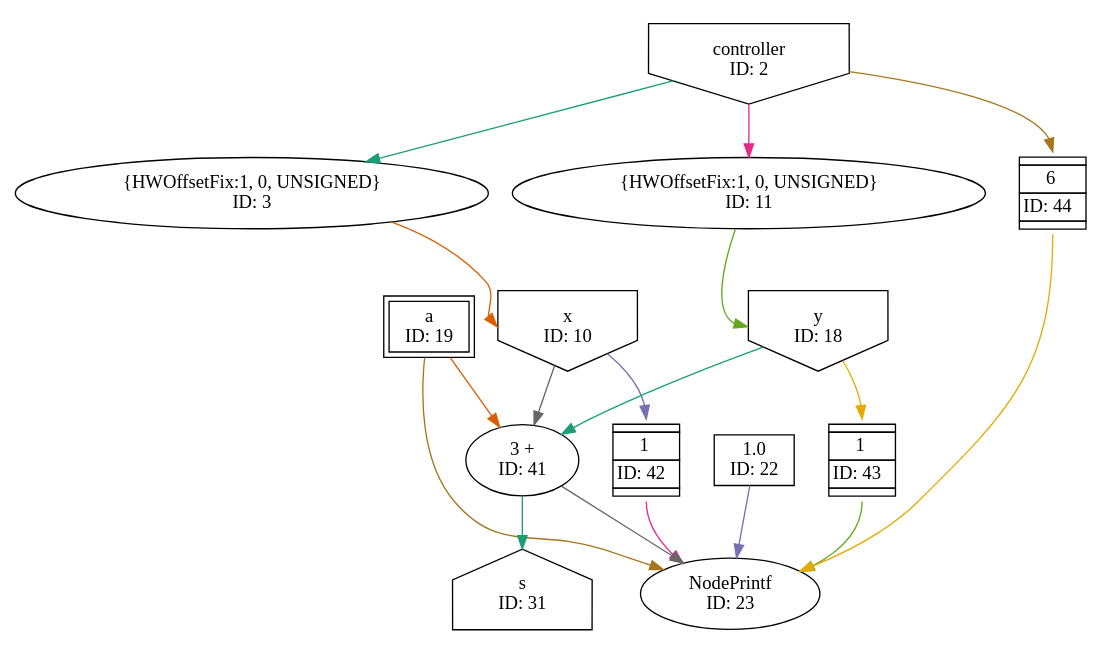
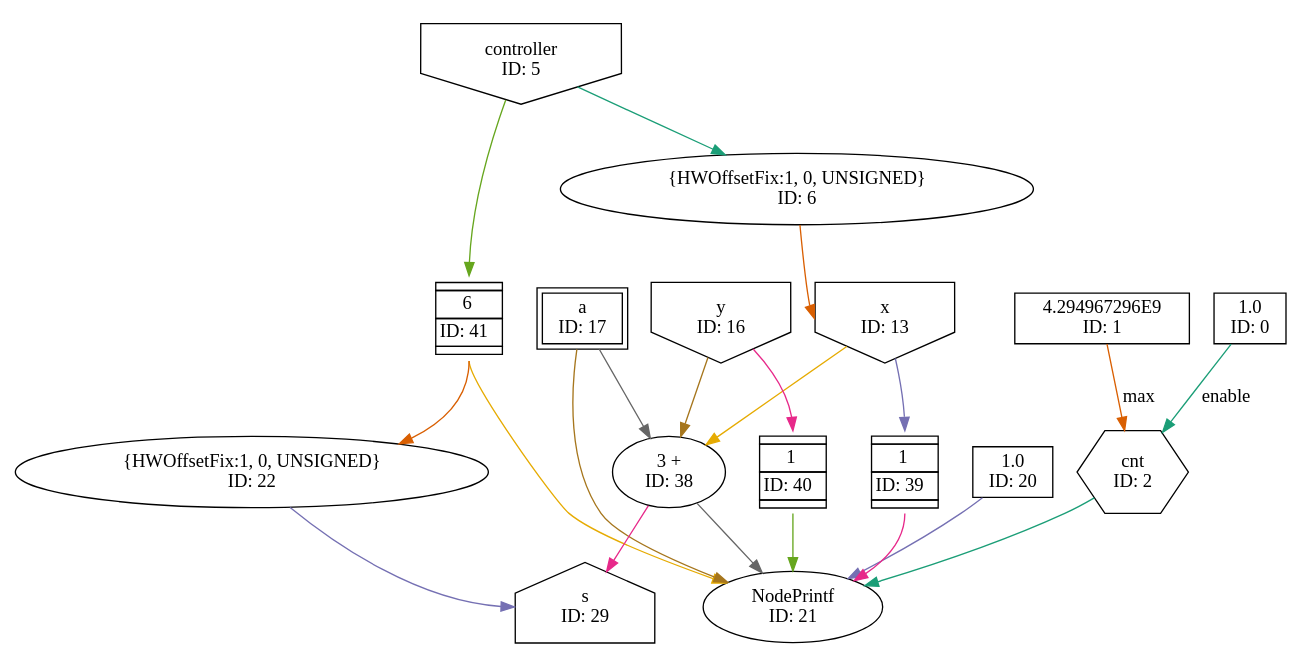
The diagram in RTMQueue/RunRules/Simulation/maxfiles/Queue_VECTIS_DFE_SIM/scratch/QueueKernel_tapnfold_2.dot (3nric000/MaxelerRTM), drawn with Graphviz before and after one commit. The commit also changed 70 other files, not shown here.

```diff
--- a/RTMQueue/RunRules/Simulation/maxfiles/Queue_VECTIS_DFE_SIM/scratch/QueueKernel_tapnfold_2.dot
+++ b/RTMQueue/RunRules/Simulation/maxfiles/Queue_VECTIS_DFE_SIM/scratch/QueueKernel_tapnfold_2.dot
@@ -1,32 +1,38 @@
 digraph QueueKernel_tapnfold_2{
-	NodeConstantRawBits22 [shape=box, label="1.0\nID: 22"];
-	NodeInput2 [shape=invhouse, label="controller\nID: 2"];
-	NodeCast3 [label="{HWOffsetFix:1, 0, UNSIGNED}\nID: 3"];
-	NodeInput10 [shape=invhouse, label="x\nID: 10"];
-	NodeFIFO42 [shape=plaintext, label=<<TABLE BORDER="0" CELLSPACING="0" CELLBORDER="1"> <TR><TD></TD></TR><TR><TD>1</TD></TR><TR><TD>ID: 42</TD></TR> <TR><TD></TD></TR> </TABLE>>];
-	NodeCast11 [label="{HWOffsetFix:1, 0, UNSIGNED}\nID: 11"];
-	NodeInput18 [shape=invhouse, label="y\nID: 18"];
-	NodeFIFO43 [shape=plaintext, label=<<TABLE BORDER="0" CELLSPACING="0" CELLBORDER="1"> <TR><TD></TD></TR><TR><TD>1</TD></TR><TR><TD>ID: 43</TD></TR> <TR><TD></TD></TR> </TABLE>>];
-	NodeFIFO44 [shape=plaintext, label=<<TABLE BORDER="0" CELLSPACING="0" CELLBORDER="1"> <TR><TD></TD></TR><TR><TD>6</TD></TR><TR><TD>ID: 44</TD></TR> <TR><TD></TD></TR> </TABLE>>];
-	NodeInputMappedReg19 [shape=box, peripheries=2, label="a\nID: 19"];
-	NodeTriAdd41 [label="3 +\nID: 41"];
-	NodePrintf23 [label="NodePrintf\nID: 23"];
-	NodeOutput31 [shape=house, label="s\nID: 31"];
-	NodeInput2 -> NodeCast3[color="/dark28/1" photon_data="EDGE,SrcNode:2,SrcNodePort:data"];
-	NodeCast3 -> NodeInput10[headport="w" color="/dark28/2" ];
-	NodeInput10 -> NodeFIFO42[headport="n" color="/dark28/3" photon_data="EDGE,SrcNode:10,SrcNodePort:data"];
-	NodeInput2 -> NodeCast11[color="/dark28/4" photon_data="EDGE,SrcNode:2,SrcNodePort:data"];
-	NodeCast11 -> NodeInput18[headport="w" color="/dark28/5" ];
-	NodeInput18 -> NodeFIFO43[headport="n" color="/dark28/6" photon_data="EDGE,SrcNode:18,SrcNodePort:data"];
-	NodeInput2 -> NodeFIFO44[headport="n" color="/dark28/7" photon_data="EDGE,SrcNode:2,SrcNodePort:data"];
-	NodeInput10 -> NodeTriAdd41[color="/dark28/8" photon_data="EDGE,SrcNode:10,SrcNodePort:data"];
-	NodeInput18 -> NodeTriAdd41[color="/dark28/1" photon_data="EDGE,SrcNode:18,SrcNodePort:data"];
-	NodeInputMappedReg19 -> NodeTriAdd41[color="/dark28/2" photon_data="EDGE,SrcNode:19,SrcNodePort:a"];
-	NodeConstantRawBits22 -> NodePrintf23[color="/dark28/3" photon_data="EDGE,SrcNode:22,SrcNodePort:value"];
-	NodeFIFO42 -> NodePrintf23[tailport="s" color="/dark28/4" photon_data="EDGE,SrcNode:42,SrcNodePort:output"];
-	NodeFIFO43 -> NodePrintf23[tailport="s" color="/dark28/5" photon_data="EDGE,SrcNode:43,SrcNodePort:output"];
-	NodeFIFO44 -> NodePrintf23[tailport="s" color="/dark28/6" photon_data="EDGE,SrcNode:44,SrcNodePort:output"];
-	NodeInputMappedReg19 -> NodePrintf23[color="/dark28/7" photon_data="EDGE,SrcNode:19,SrcNodePort:a"];
-	NodeTriAdd41 -> NodePrintf23[color="/dark28/8" photon_data="EDGE,SrcNode:41,SrcNodePort:result"];
-	NodeTriAdd41 -> NodeOutput31[color="/dark28/1" photon_data="EDGE,SrcNode:41,SrcNodePort:result"];
+	NodeConstantRawBits20 [shape=box, label="1.0\nID: 20"];
+	NodeInput5 [shape=invhouse, label="controller\nID: 5"];
+	NodeCast6 [label="{HWOffsetFix:1, 0, UNSIGNED}\nID: 6"];
+	NodeInput13 [shape=invhouse, label="x\nID: 13"];
+	NodeFIFO39 [shape=plaintext, label=<<TABLE BORDER="0" CELLSPACING="0" CELLBORDER="1"> <TR><TD></TD></TR><TR><TD>1</TD></TR><TR><TD>ID: 39</TD></TR> <TR><TD></TD></TR> </TABLE>>];
+	NodeInput16 [shape=invhouse, label="y\nID: 16"];
+	NodeFIFO40 [shape=plaintext, label=<<TABLE BORDER="0" CELLSPACING="0" CELLBORDER="1"> <TR><TD></TD></TR><TR><TD>1</TD></TR><TR><TD>ID: 40</TD></TR> <TR><TD></TD></TR> </TABLE>>];
+	NodeFIFO41 [shape=plaintext, label=<<TABLE BORDER="0" CELLSPACING="0" CELLBORDER="1"> <TR><TD></TD></TR><TR><TD>6</TD></TR><TR><TD>ID: 41</TD></TR> <TR><TD></TD></TR> </TABLE>>];
+	NodeInputMappedReg17 [shape=box, peripheries=2, label="a\nID: 17"];
+	NodeTriAdd38 [label="3 +\nID: 38"];
+	NodeConstantDouble0 [shape=box, label="1.0\nID: 0"];
+	NodeConstantRawBits1 [shape=box, label="4.294967296E9\nID: 1"];
+	NodeCounterV12 [shape=hexagon, label="cnt\nID: 2"];
+	NodePrintf21 [label="NodePrintf\nID: 21"];
+	NodeCast22 [label="{HWOffsetFix:1, 0, UNSIGNED}\nID: 22"];
+	NodeOutput29 [shape=house, label="s\nID: 29"];
+	NodeInput5 -> NodeCast6[color="/dark28/1" photon_data="EDGE,SrcNode:5,SrcNodePort:data"];
+	NodeCast6 -> NodeInput13[headport="w" color="/dark28/2" ];
+	NodeInput13 -> NodeFIFO39[headport="n" color="/dark28/3" photon_data="EDGE,SrcNode:13,SrcNodePort:data"];
+	NodeInput16 -> NodeFIFO40[headport="n" color="/dark28/4" photon_data="EDGE,SrcNode:16,SrcNodePort:data"];
+	NodeInput5 -> NodeFIFO41[headport="n" color="/dark28/5" photon_data="EDGE,SrcNode:5,SrcNodePort:data"];
+	NodeInput13 -> NodeTriAdd38[color="/dark28/6" photon_data="EDGE,SrcNode:13,SrcNodePort:data"];
+	NodeInput16 -> NodeTriAdd38[color="/dark28/7" photon_data="EDGE,SrcNode:16,SrcNodePort:data"];
+	NodeInputMappedReg17 -> NodeTriAdd38[color="/dark28/8" photon_data="EDGE,SrcNode:17,SrcNodePort:a"];
+	NodeConstantDouble0 -> NodeCounterV12[label="enable" color="/dark28/1" photon_data="EDGE,SrcNode:0,SrcNodePort:value"];
+	NodeConstantRawBits1 -> NodeCounterV12[label="max" color="/dark28/2" photon_data="EDGE,SrcNode:1,SrcNodePort:value"];
+	NodeConstantRawBits20 -> NodePrintf21[color="/dark28/3" photon_data="EDGE,SrcNode:20,SrcNodePort:value"];
+	NodeFIFO39 -> NodePrintf21[tailport="s" color="/dark28/4" photon_data="EDGE,SrcNode:39,SrcNodePort:output"];
+	NodeFIFO40 -> NodePrintf21[tailport="s" color="/dark28/5" photon_data="EDGE,SrcNode:40,SrcNodePort:output"];
+	NodeFIFO41 -> NodePrintf21[tailport="s" color="/dark28/6" photon_data="EDGE,SrcNode:41,SrcNodePort:output"];
+	NodeInputMappedReg17 -> NodePrintf21[color="/dark28/7" photon_data="EDGE,SrcNode:17,SrcNodePort:a"];
+	NodeTriAdd38 -> NodePrintf21[color="/dark28/8" photon_data="EDGE,SrcNode:38,SrcNodePort:result"];
+	NodeCounterV12 -> NodePrintf21[color="/dark28/1" photon_data="EDGE,SrcNode:2,SrcNodePort:count"];
+	NodeFIFO41 -> NodeCast22[tailport="s" color="/dark28/2" photon_data="EDGE,SrcNode:41,SrcNodePort:output"];
+	NodeCast22 -> NodeOutput29[headport="w" color="/dark28/3" ];
+	NodeTriAdd38 -> NodeOutput29[color="/dark28/4" photon_data="EDGE,SrcNode:38,SrcNodePort:result"];
 }
```
